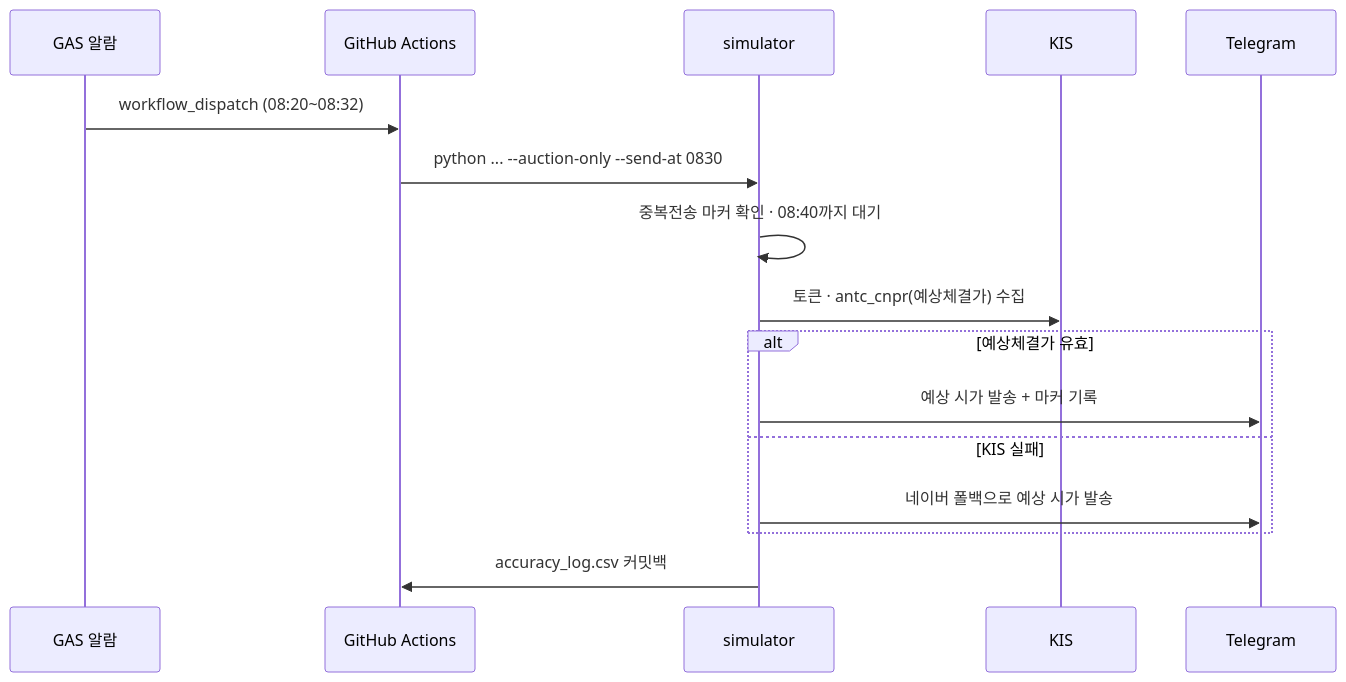
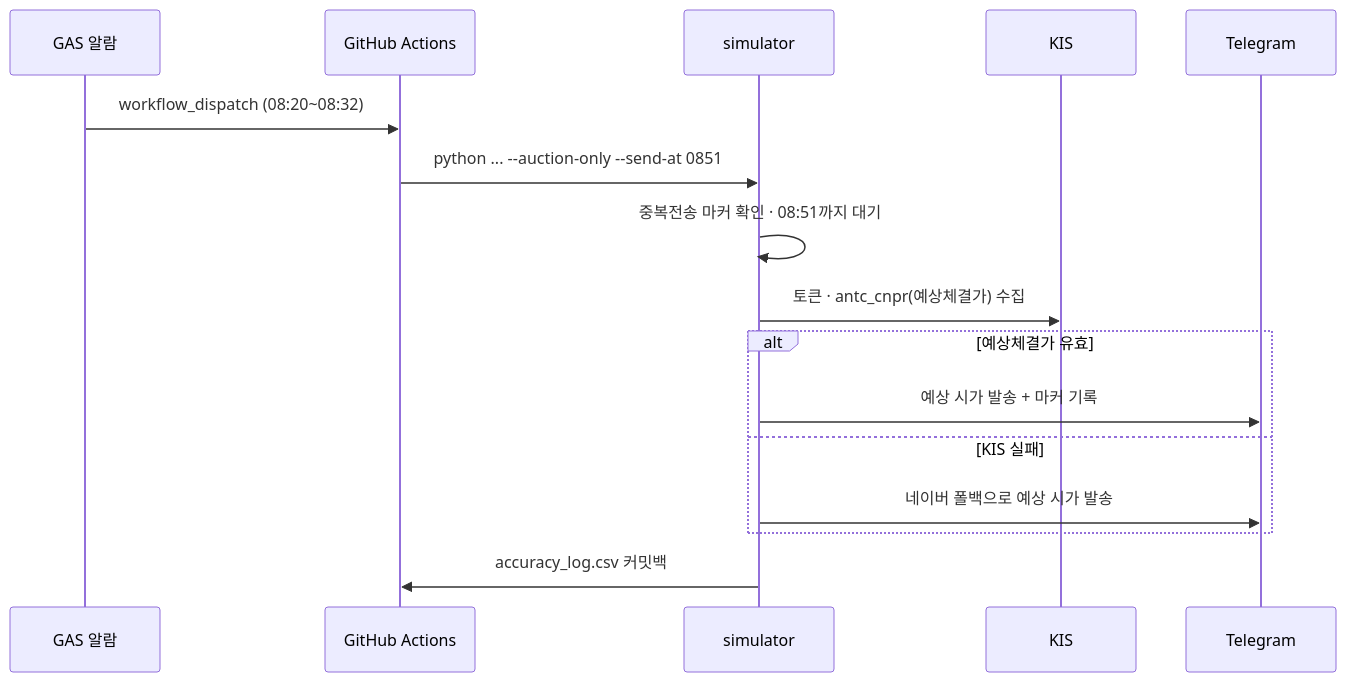
The diagram in README.md (muhwa91/etf-info), drawn with Mermaid before and after one commit. The commit also changed other lines of this file and 5 other files, not shown here.

````diff
--- a/README.md
+++ b/README.md
@@ -15,18 +15,18 @@
 ```mermaid
 sequenceDiagram
   participant GAS as GAS 알람
   participant GHA as GitHub Actions
   participant Sim as simulator
   participant KIS
   participant TG as Telegram
   GAS->>GHA: workflow_dispatch (08:20~08:32)
-  GHA->>Sim: python ... --auction-only --send-at 0830
-  Sim->>Sim: 중복전송 마커 확인 · 08:40까지 대기
+  GHA->>Sim: python ... --auction-only --send-at 0851
+  Sim->>Sim: 중복전송 마커 확인 · 08:51까지 대기
   Sim->>KIS: 토큰 · antc_cnpr(예상체결가) 수집
   alt 예상체결가 유효
     Sim->>TG: 예상 시가 발송 + 마커 기록
   else KIS 실패
     Sim->>TG: 네이버 폴백으로 예상 시가 발송
   end
   Sim->>GHA: accuracy_log.csv 커밋백
 ```
````
